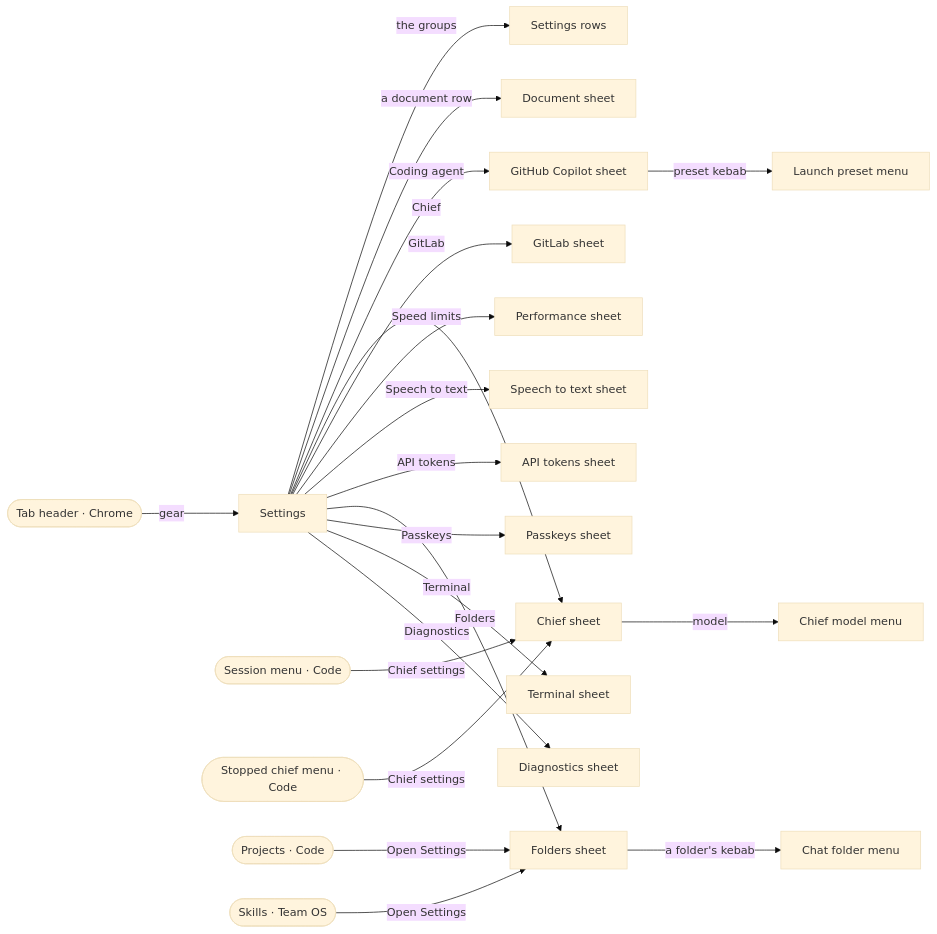
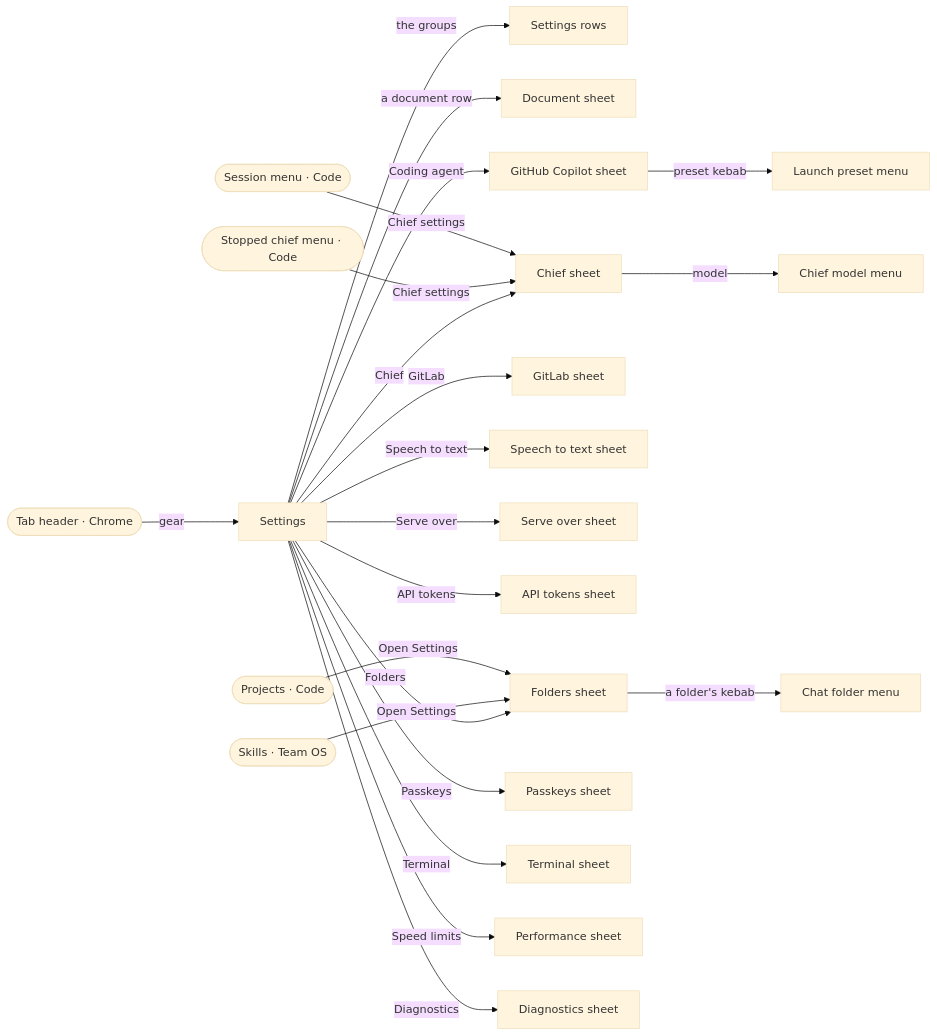
The tenth of 11 diagrams in docs/ux-surface-map.md (ferraroroberto/app-launcher-lite), drawn with Mermaid (base theme) before and after one commit. The commit also changed other lines of this file and 28 other files, not shown here.

````diff
--- a/docs/ux-surface-map.md
+++ b/docs/ux-surface-map.md
@@ -1365,44 +1365,46 @@
 ```mermaid
 flowchart LR
   s85["Settings"]
   s86["Settings rows"]
   s87["Document sheet"]
   s88["GitHub Copilot sheet"]
   s89["Chief sheet"]
   s90["Chief model menu"]
   s91["GitLab sheet"]
   s92["Speech to text sheet"]
-  s93["Launch preset menu"]
-  s94["API tokens sheet"]
-  s95["Folders sheet"]
-  s96["Chat folder menu"]
-  s97["Passkeys sheet"]
-  s98["Terminal sheet"]
-  s99["Performance sheet"]
-  s100["Diagnostics sheet"]
+  s93["Serve over sheet"]
+  s94["Launch preset menu"]
+  s95["API tokens sheet"]
+  s96["Folders sheet"]
+  s97["Chat folder menu"]
+  s98["Passkeys sheet"]
+  s99["Terminal sheet"]
+  s100["Performance sheet"]
+  s101["Diagnostics sheet"]
   s1(["Tab header · Chrome"])
   s13(["Session menu · Code"])
   s14(["Stopped chief menu · Code"])
   s15(["Projects · Code"])
   s64(["Skills · Team OS"])
   s1 -->|"gear"| s85
   s13 -->|"Chief settings"| s89
   s14 -->|"Chief settings"| s89
-  s15 -->|"Open Settings"| s95
-  s64 -->|"Open Settings"| s95
+  s15 -->|"Open Settings"| s96
+  s64 -->|"Open Settings"| s96
   s85 -->|"the groups"| s86
   s85 -->|"a document row"| s87
   s85 -->|"Coding agent"| s88
   s85 -->|"Chief"| s89
   s85 -->|"GitLab"| s91
-  s85 -->|"Speed limits"| s99
+  s85 -->|"Speed limits"| s100
+  s85 -->|"Serve over"| s93
   s85 -->|"Speech to text"| s92
-  s85 -->|"API tokens"| s94
-  s85 -->|"Folders"| s95
-  s85 -->|"Passkeys"| s97
-  s85 -->|"Terminal"| s98
-  s85 -->|"Diagnostics"| s100
-  s88 -->|"preset kebab"| s93
+  s85 -->|"API tokens"| s95
+  s85 -->|"Folders"| s96
+  s85 -->|"Passkeys"| s98
+  s85 -->|"Terminal"| s99
+  s85 -->|"Diagnostics"| s101
+  s88 -->|"preset kebab"| s94
   s89 -->|"model"| s90
-  s95 -->|"a folder's kebab"| s96
+  s96 -->|"a folder's kebab"| s97
 ```
````
